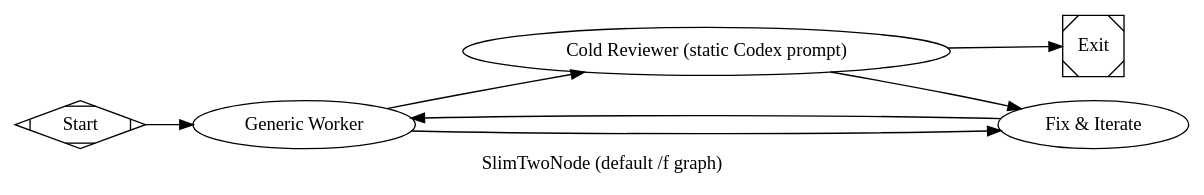
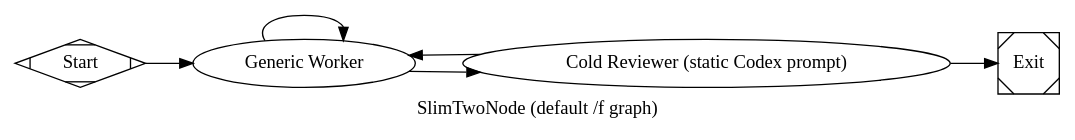
The diagram in pipelines/slim/two_node.dot (jleechanorg/dark-factory), drawn with Graphviz before and after one commit. The commit also changed 2 other files, not shown here.

Commit message:
agy/gemini-3.6-flash-high: fix(default-graph): enforce two-node default graph contract and reconcile static cold reviewer prompt

```diff
--- a/pipelines/slim/two_node.dot
+++ b/pipelines/slim/two_node.dot
@@ -1,80 +1,64 @@
 // pipelines/slim/two_node.dot
 //
-// Default graph for `/f` (and `/factory`). Exactly two nodes:
+// Default graph for `/f` (and `/factory`). Exactly two productive nodes:
 //   worker         — generic codergen; light prompt; does whatever the user asked.
 //   cold_reviewer  — gate_er that runs the static Codex cold-reviewer prompt
 //                    (prompts/slim/cold_reviewer.md — DO NOT EDIT; this prompt
 //                    is the canonical cold reviewer contract for slim runs).
 //
 // Wiring:
 //   start -> worker -> cold_reviewer -> exit                (on success)
-//                          \-> worker                        (on failure, bounded)
+//                          \-> worker                        (on failure, bounded max_visits=3)
 //
 // Backend routing:
 //   - worker          honors the run-level --backend (the coder tier the user
 //                     chose; default = whatever /f's Step 0.5 detector picks).
 //   - cold_reviewer   uses backend_priority="codex,minimax,agy,claude-sonnet"
 //                     and prefer_adversarial="true" so the reviewer is a
 //                     different vendor from the worker whenever possible. The
 //                     queue is the same priority list already documented in
 //                     docs/pipeline-selection.md; no new backend table here.
 //
 // Failure semantics:
 //   - cold_reviewer is goal_gate=true. On success the run exits.
-//   - On a real fail/partial verdict the runner routes back to worker via the
-//     fix loop (max_visits=3). The cold reviewer is the merge-confidence bar;
-//     no separate evidence gate in this minimal graph.
-//   - Worker is the only repairable node (max_visits=2 on cold_reviewer would
-//     loop on the reviewer; max_visits=3 on the fix back-edge is the bounded
-//     repair budget per factory design).
+//   - On a real fail/partial verdict the runner routes back to worker directly.
+//     Worker handles iteration (max_visits=3). No separate fix node in this graph.
 
 digraph SlimTwoNode {
     graph [
         goal="Generic worker does the user's task; static Codex cold reviewer gates it. Slim default for /f."
         rankdir=LR
         label="SlimTwoNode (default /f graph)"
     ]
 
     start  [shape=Mdiamond, label="Start"]
     exit   [shape=Msquare,  label="Exit"]
 
     worker [
         type="codergen",
         label="Generic Worker",
         class="worker",
         prompt="@prompts/slim/worker.md",
         max_retries=2,
+        max_visits="3",
         timeout=600
     ]
 
     cold_reviewer [
         type="gate_er",
         label="Cold Reviewer (static Codex prompt)",
         class="review",
         prompt="@prompts/slim/cold_reviewer.md",
         backend_priority="codex,minimax,agy,claude-sonnet",
         prefer_adversarial="true",
         goal_gate=true,
         timeout=600
     ]
 
-    fix [
-        type="codergen",
-        label="Fix & Iterate",
-        class="fix",
-        prompt="@prompts/slim/fix.md",
-        max_retries=2,
-        max_visits="3",
-        no_progress_max="2",
-        timeout=600
-    ]
-
     start -> worker
     worker -> cold_reviewer [condition="outcome=success"]
-    worker -> fix          [condition="outcome!=success"]
+    worker -> worker        [condition="outcome!=success"]
 
-    cold_reviewer -> exit [condition="outcome=success"]
-    cold_reviewer -> fix  [condition="outcome!=success"]
-
-    fix -> worker
+    cold_reviewer -> exit   [condition="outcome=success"]
+    cold_reviewer -> worker [condition="outcome!=success"]
 }
```
